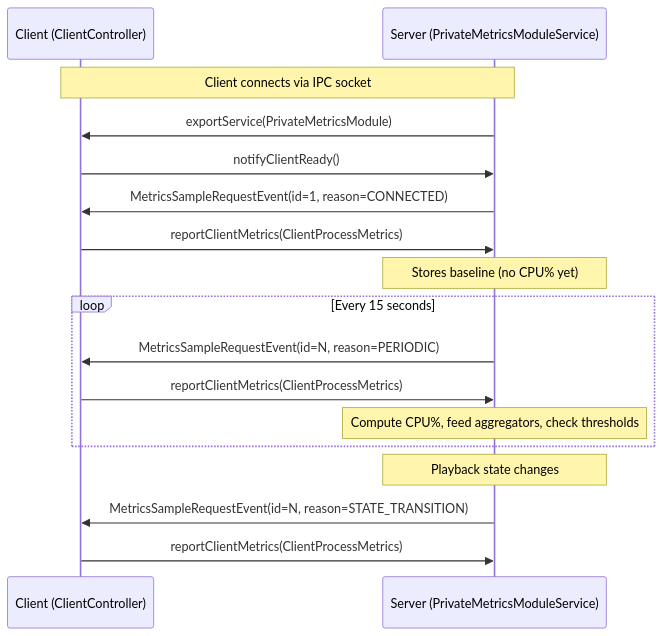
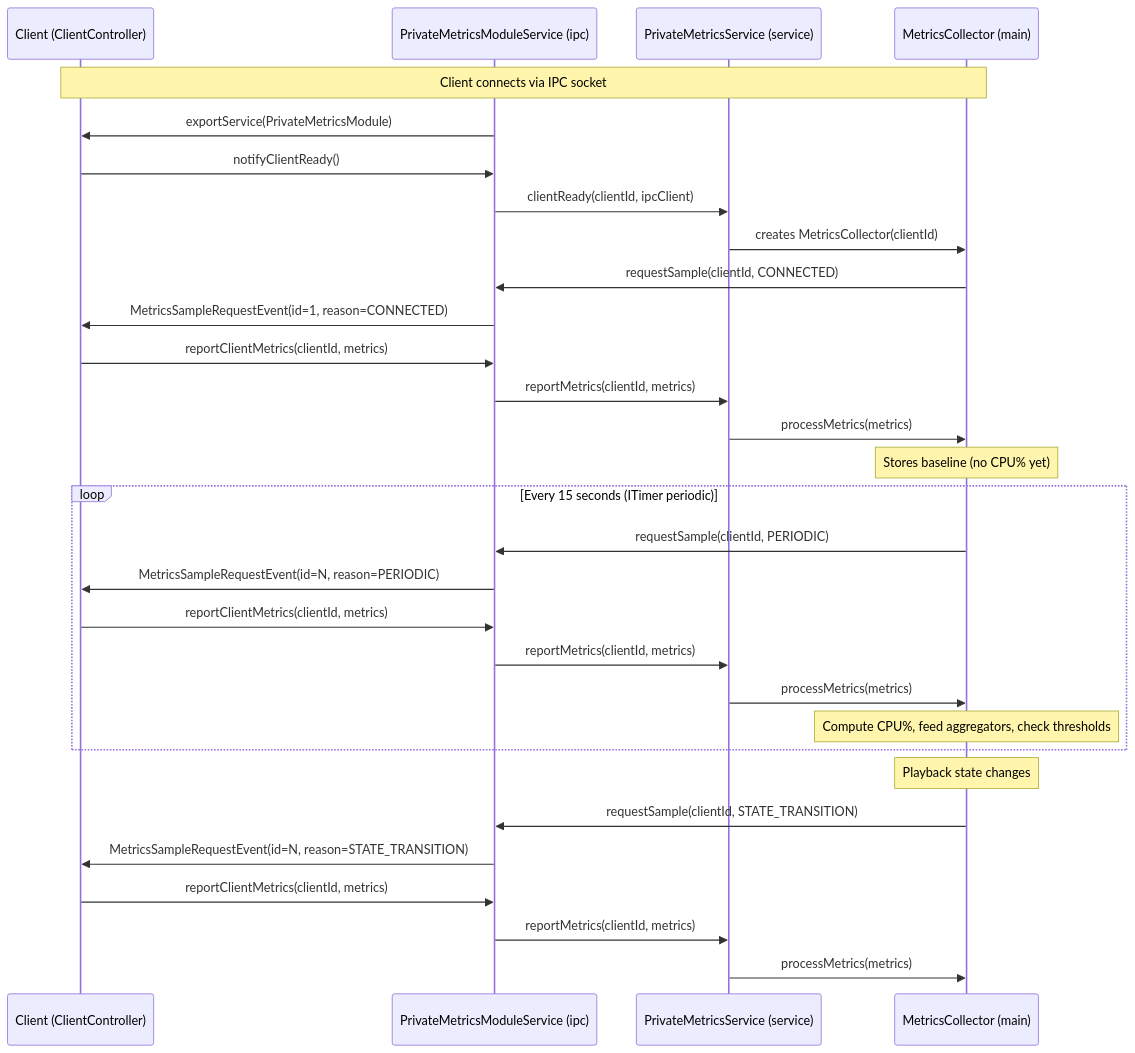
The first of 2 diagrams in docs/MetricsDesign.md (rdkcentral/rialto), drawn with Mermaid before and after one commit. The commit also changed other lines of this file and 32 other files, not shown here.

````diff
--- a/docs/MetricsDesign.md
+++ b/docs/MetricsDesign.md
@@ -56,22 +56,35 @@
 ```mermaid
 sequenceDiagram
     participant Client as Client (ClientController)
-    participant Server as Server (PrivateMetricsModuleService)
+    participant IPC as PrivateMetricsModuleService (ipc)
+    participant Svc as PrivateMetricsService (service)
+    participant Main as MetricsCollector (main)
 
-    Note over Client,Server: Client connects via IPC socket
-    Server->>Client: exportService(PrivateMetricsModule)
-    Client->>Server: notifyClientReady()
-    Server->>Client: MetricsSampleRequestEvent(id=1, reason=CONNECTED)
-    Client->>Server: reportClientMetrics(ClientProcessMetrics)
-    Note over Server: Stores baseline (no CPU% yet)
+    Note over Client,Main: Client connects via IPC socket
+    IPC->>Client: exportService(PrivateMetricsModule)
+    Client->>IPC: notifyClientReady()
+    IPC->>Svc: clientReady(clientId, ipcClient)
+    Svc->>Main: creates MetricsCollector(clientId)
+    Main->>IPC: requestSample(clientId, CONNECTED)
+    IPC->>Client: MetricsSampleRequestEvent(id=1, reason=CONNECTED)
+    Client->>IPC: reportClientMetrics(clientId, metrics)
+    IPC->>Svc: reportMetrics(clientId, metrics)
+    Svc->>Main: processMetrics(metrics)
+    Note over Main: Stores baseline (no CPU% yet)
 
-    loop Every 15 seconds
-        Server->>Client: MetricsSampleRequestEvent(id=N, reason=PERIODIC)
-        Client->>Server: reportClientMetrics(ClientProcessMetrics)
-        Note over Server: Compute CPU%, feed aggregators, check thresholds
+    loop Every 15 seconds (ITimer periodic)
+        Main->>IPC: requestSample(clientId, PERIODIC)
+        IPC->>Client: MetricsSampleRequestEvent(id=N, reason=PERIODIC)
+        Client->>IPC: reportClientMetrics(clientId, metrics)
+        IPC->>Svc: reportMetrics(clientId, metrics)
+        Svc->>Main: processMetrics(metrics)
+        Note over Main: Compute CPU%, feed aggregators, check thresholds
     end
 
-    Note over Server: Playback state changes
-    Server->>Client: MetricsSampleRequestEvent(id=N, reason=STATE_TRANSITION)
-    Client->>Server: reportClientMetrics(ClientProcessMetrics)
+    Note over Main: Playback state changes
+    Main->>IPC: requestSample(clientId, STATE_TRANSITION)
+    IPC->>Client: MetricsSampleRequestEvent(id=N, reason=STATE_TRANSITION)
+    Client->>IPC: reportClientMetrics(clientId, metrics)
+    IPC->>Svc: reportMetrics(clientId, metrics)
+    Svc->>Main: processMetrics(metrics)
 ```
````
